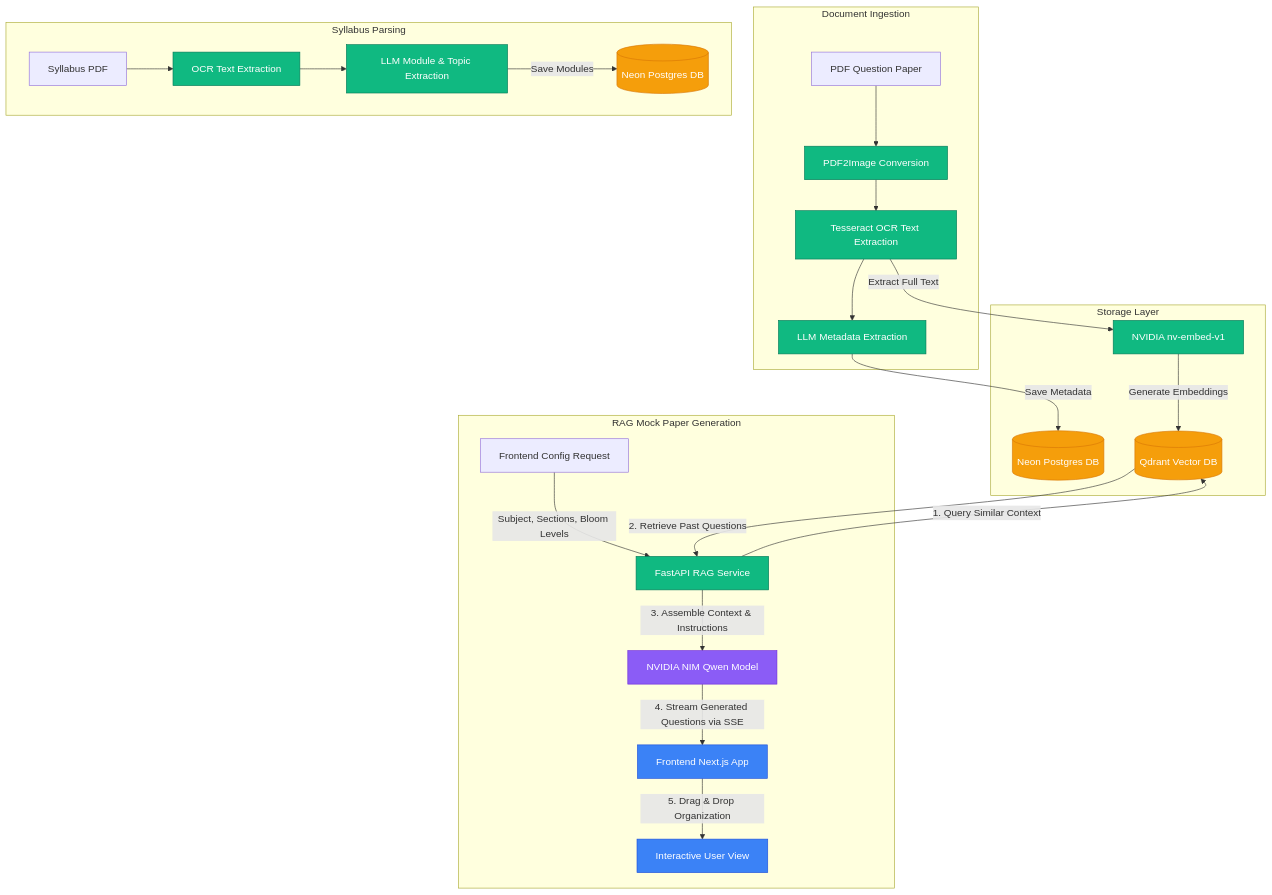
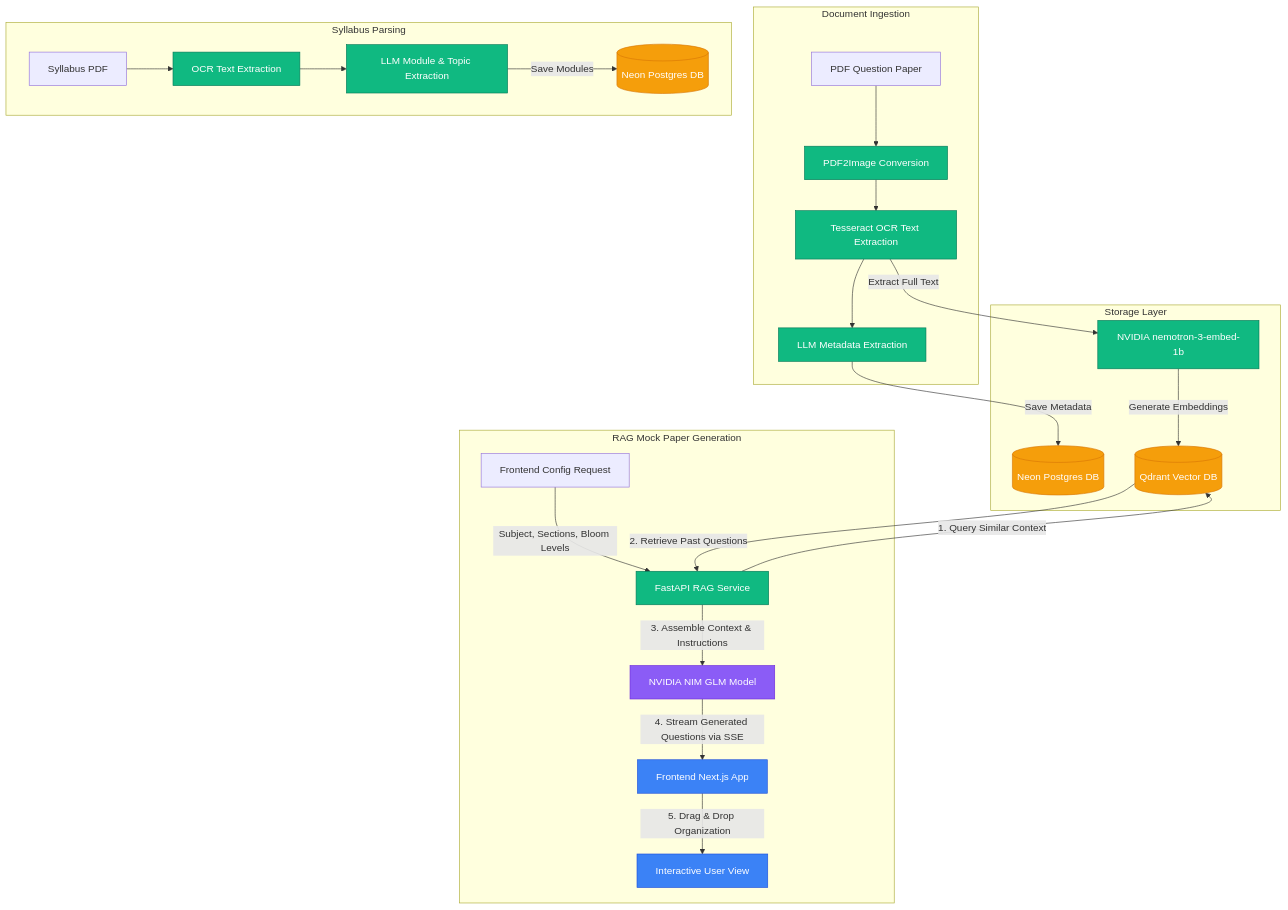
One commit to chanu4321/Prepwise changed the diagram in README.md. Above: the diagram before and after it, drawn with Mermaid. The commit also changed other lines of this file and 24 other files, not shown here.

````diff
--- a/README.md
+++ b/README.md
@@ -11,45 +11,45 @@
 ```mermaid
 flowchart TD
     %% Styling
     classDef frontend fill:#3b82f6,stroke:#1d4ed8,color:#fff;
     classDef backend fill:#10b981,stroke:#047857,color:#fff;
     classDef db fill:#f59e0b,stroke:#d97706,color:#fff;
     classDef ai fill:#8b5cf6,stroke:#6d28d9,color:#fff;
 
     %% Ingestion Pipeline
     subgraph Ingestion [Document Ingestion]
         A[PDF Question Paper] --> B[PDF2Image Conversion]
         B --> C[Tesseract OCR Text Extraction]
         C --> D[LLM Metadata Extraction]
     end
 
     %% Database storage
     subgraph Storage [Storage Layer]
         D -->|Save Metadata| E[(Neon Postgres DB)]
-        C -->|Extract Full Text| F[NVIDIA nv-embed-v1]
+        C -->|Extract Full Text| F[NVIDIA nemotron-3-embed-1b]
         F -->|Generate Embeddings| G[(Qdrant Vector DB)]
     end
 
     %% Syllabus Processing
     subgraph Syllabus [Syllabus Parsing]
         H[Syllabus PDF] --> I[OCR Text Extraction]
         I --> J[LLM Module & Topic Extraction]
         J -->|Save Modules| K[(Neon Postgres DB)]
     end
 
     %% RAG Mock Generation Pipeline
     subgraph Generation [RAG Mock Paper Generation]
         L[Frontend Config Request] -->|Subject, Sections, Bloom Levels| M[FastAPI RAG Service]
         M -->|1. Query Similar Context| G
         G -->|2. Retrieve Past Questions| M
-        M -->|3. Assemble Context & Instructions| N[NVIDIA NIM Qwen Model]
+        M -->|3. Assemble Context & Instructions| N[NVIDIA NIM GLM Model]
         N -->|4. Stream Generated Questions via SSE| O[Frontend Next.js App]
         O -->|5. Drag & Drop Organization| P[Interactive User View]
     end
 
     %% Assign Classes
     class O,P frontend;
     class B,C,D,I,J,M,F backend;
     class E,G,K db;
     class N ai;
 ```
````
